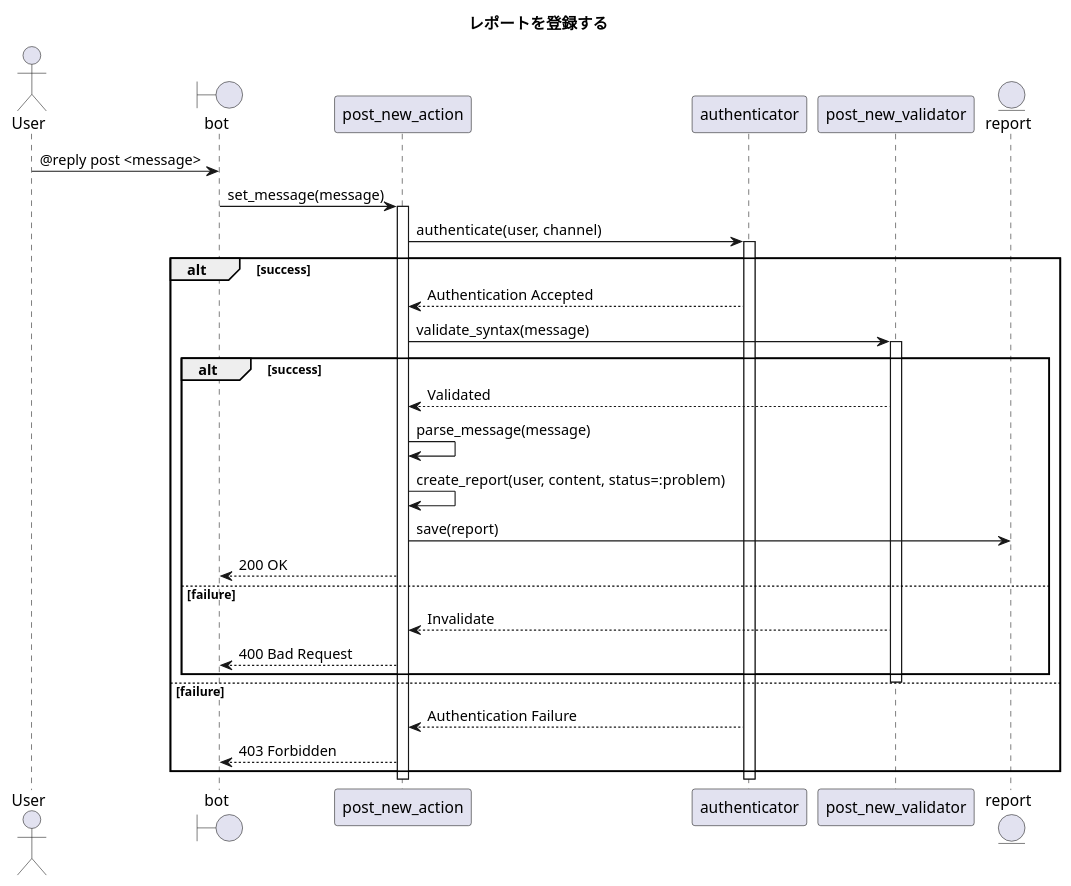
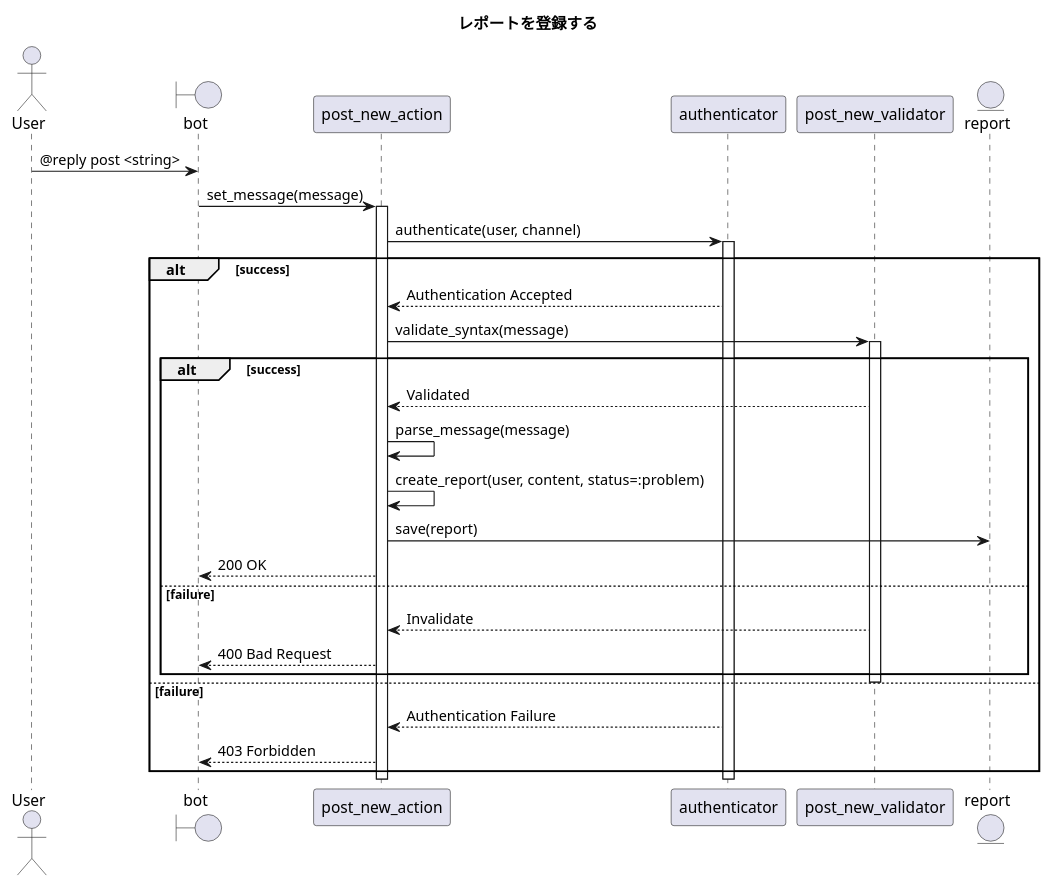
The diagram in 1.design/5.sequences/post-report-new.md (ito-masam/kpt-guard.doc), drawn with PlantUML before and after one commit. The commit also changed 2 other files, not shown here.

Commit message:
シーケンスの削除を追加

```diff
--- a/1.design/5.sequences/post-report-new.md
+++ b/1.design/5.sequences/post-report-new.md
@@ -1,43 +1,43 @@
 @startuml
 
     ' ----------- meta
     title レポートを登録する
 
     actor User
     boundary bot
     participant post_new_action
     participant authenticator
     participant post_new_validator
     entity report
 
     ' ----------- main
-    User -> bot : @reply post <message>
+    User -> bot : @reply post <string>
     bot -> post_new_action : set_message(message)
     activate post_new_action
       post_new_action -> authenticator : authenticate(user, channel)
       activate authenticator
         alt success
           authenticator --> post_new_action : Authentication Accepted
           post_new_action -> post_new_validator : validate_syntax(message)
           activate post_new_validator
             alt success
               post_new_validator --> post_new_action : Validated
               post_new_action -> post_new_action : parse_message(message)
               post_new_action -> post_new_action : create_report(user, content, status=:problem)
               post_new_action -> report : save(report)
               post_new_action --> bot : 200 OK
             else failure
               ' ----------- alternative
               post_new_validator --> post_new_action : Invalidate
               post_new_action --> bot : 400 Bad Request
             end
           deactivate post_new_validator
         else failure
           ' ----------- alternative
           authenticator --> post_new_action : Authentication Failure
           post_new_action --> bot : 403 Forbidden
         end
       deactivate authenticator
     deactivate post_new_action
 
 @enduml
```
